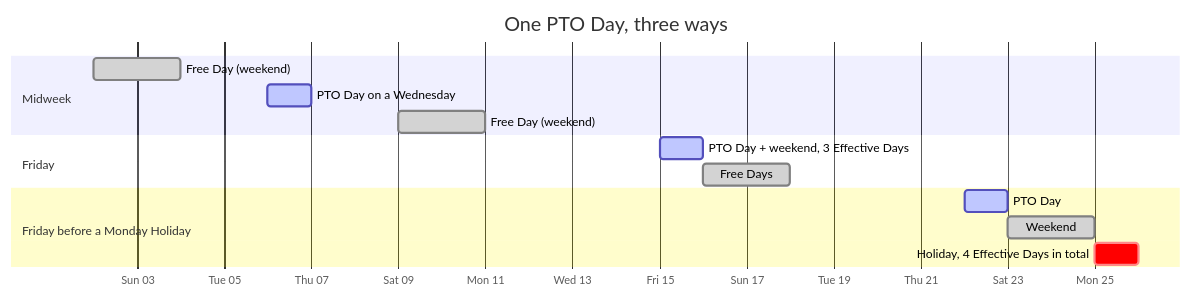
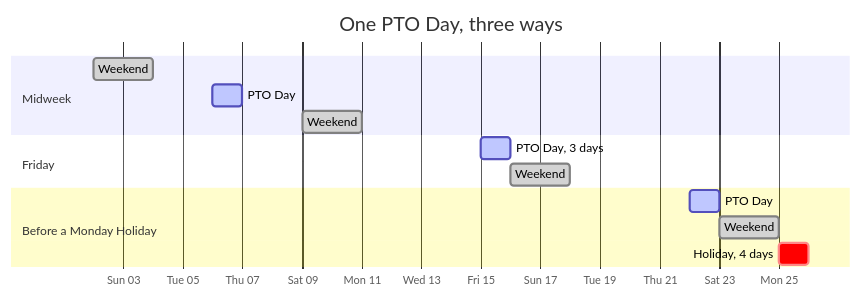
The first of 2 diagrams in apps/docs/src/content/docs/start/what-the-planner-does.mdx (fbuireu/forever-pto), drawn with Mermaid before and after one commit. The commit also changed other lines of this file and 4 other files, not shown here.

````diff
--- a/apps/docs/src/content/docs/start/what-the-planner-does.mdx
+++ b/apps/docs/src/content/docs/start/what-the-planner-does.mdx
@@ -18,22 +18,24 @@
 ```mermaid
 ---
 config:
   look: handDrawn
   layout: dagre
+  gantt:
+    useWidth: 800
 ---
 gantt
   title One PTO Day, three ways
   dateFormat YYYY-MM-DD
   axisFormat %a %d
   section Midweek
-  Free Day (weekend)        :done, 2026-05-02, 2d
-  PTO Day on a Wednesday    :active, 2026-05-06, 1d
-  Free Day (weekend)        :done, 2026-05-09, 2d
+  Weekend           :done, 2026-05-02, 2d
+  PTO Day           :active, 2026-05-06, 1d
+  Weekend           :done, 2026-05-09, 2d
   section Friday
-  PTO Day + weekend, 3 Effective Days :active, 2026-05-15, 1d
-  Free Days                 :done, 2026-05-16, 2d
-  section Friday before a Monday Holiday
-  PTO Day                   :active, 2026-05-22, 1d
-  Weekend                   :done, 2026-05-23, 2d
-  Holiday, 4 Effective Days in total :crit, 2026-05-25, 1d
+  PTO Day, 3 days   :active, 2026-05-15, 1d
+  Weekend           :done, 2026-05-16, 2d
+  section Before a Monday Holiday
+  PTO Day           :active, 2026-05-22, 1d
+  Weekend           :done, 2026-05-23, 2d
+  Holiday, 4 days   :crit, 2026-05-25, 1d
 ```
````
